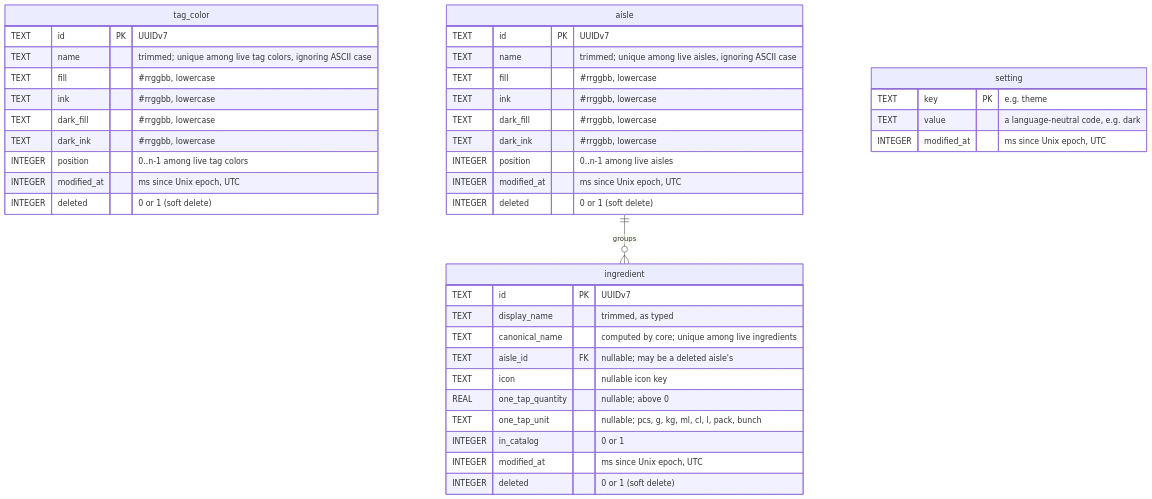
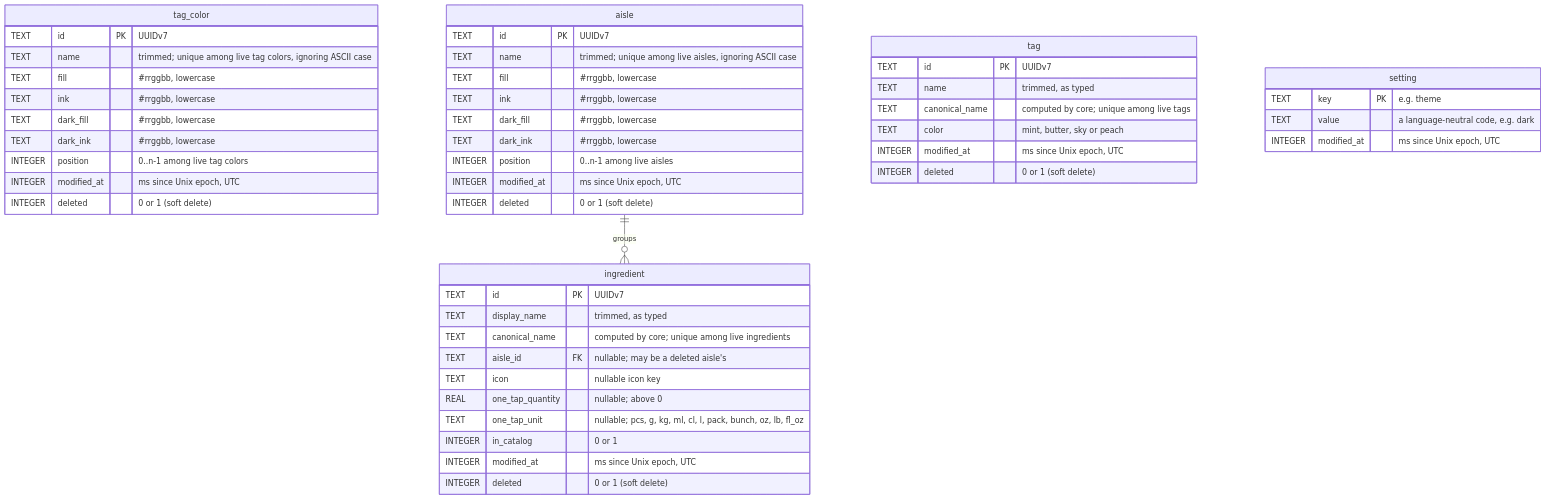
The diagram in docs/schema.md (nyquo/ProjectCookBook), drawn with Mermaid before and after one commit. The commit also changed other lines of this file and 64 other files, not shown here.

````diff
--- a/docs/schema.md
+++ b/docs/schema.md
@@ -5,43 +5,51 @@
 ```mermaid
 erDiagram
     tag_color {
         TEXT id PK "UUIDv7"
         TEXT name "trimmed; unique among live tag colors, ignoring ASCII case"
         TEXT fill "#rrggbb, lowercase"
         TEXT ink "#rrggbb, lowercase"
         TEXT dark_fill "#rrggbb, lowercase"
         TEXT dark_ink "#rrggbb, lowercase"
         INTEGER position "0..n-1 among live tag colors"
         INTEGER modified_at "ms since Unix epoch, UTC"
         INTEGER deleted "0 or 1 (soft delete)"
     }
     aisle {
         TEXT id PK "UUIDv7"
         TEXT name "trimmed; unique among live aisles, ignoring ASCII case"
         TEXT fill "#rrggbb, lowercase"
         TEXT ink "#rrggbb, lowercase"
         TEXT dark_fill "#rrggbb, lowercase"
         TEXT dark_ink "#rrggbb, lowercase"
         INTEGER position "0..n-1 among live aisles"
         INTEGER modified_at "ms since Unix epoch, UTC"
         INTEGER deleted "0 or 1 (soft delete)"
     }
     ingredient {
         TEXT id PK "UUIDv7"
         TEXT display_name "trimmed, as typed"
         TEXT canonical_name "computed by core; unique among live ingredients"
         TEXT aisle_id FK "nullable; may be a deleted aisle's"
         TEXT icon "nullable icon key"
         REAL one_tap_quantity "nullable; above 0"
-        TEXT one_tap_unit "nullable; pcs, g, kg, ml, cl, l, pack, bunch"
+        TEXT one_tap_unit "nullable; pcs, g, kg, ml, cl, l, pack, bunch, oz, lb, fl_oz"
         INTEGER in_catalog "0 or 1"
+        INTEGER modified_at "ms since Unix epoch, UTC"
+        INTEGER deleted "0 or 1 (soft delete)"
+    }
+    tag {
+        TEXT id PK "UUIDv7"
+        TEXT name "trimmed, as typed"
+        TEXT canonical_name "computed by core; unique among live tags"
+        TEXT color "mint, butter, sky or peach"
         INTEGER modified_at "ms since Unix epoch, UTC"
         INTEGER deleted "0 or 1 (soft delete)"
     }
     setting {
         TEXT key PK "e.g. theme"
         TEXT value "a language-neutral code, e.g. dark"
         INTEGER modified_at "ms since Unix epoch, UTC"
     }
     aisle ||--o{ ingredient : "groups"
 ```
````
